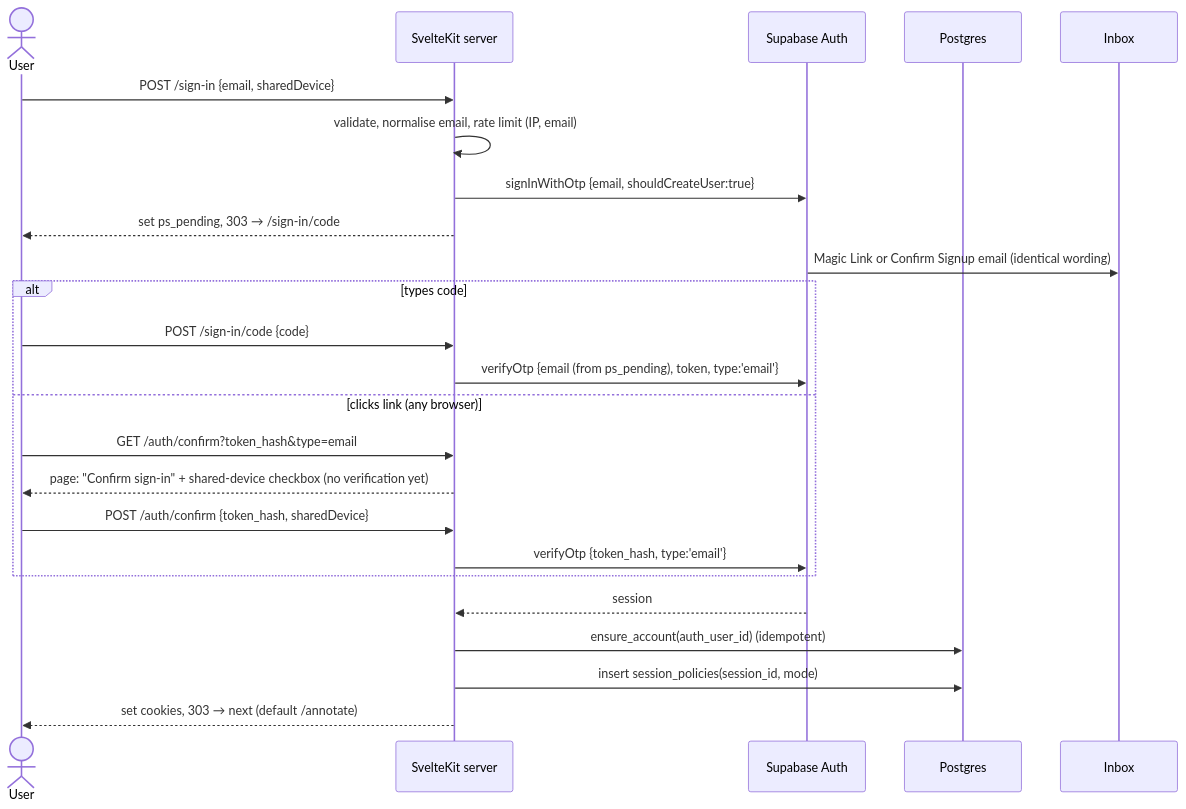
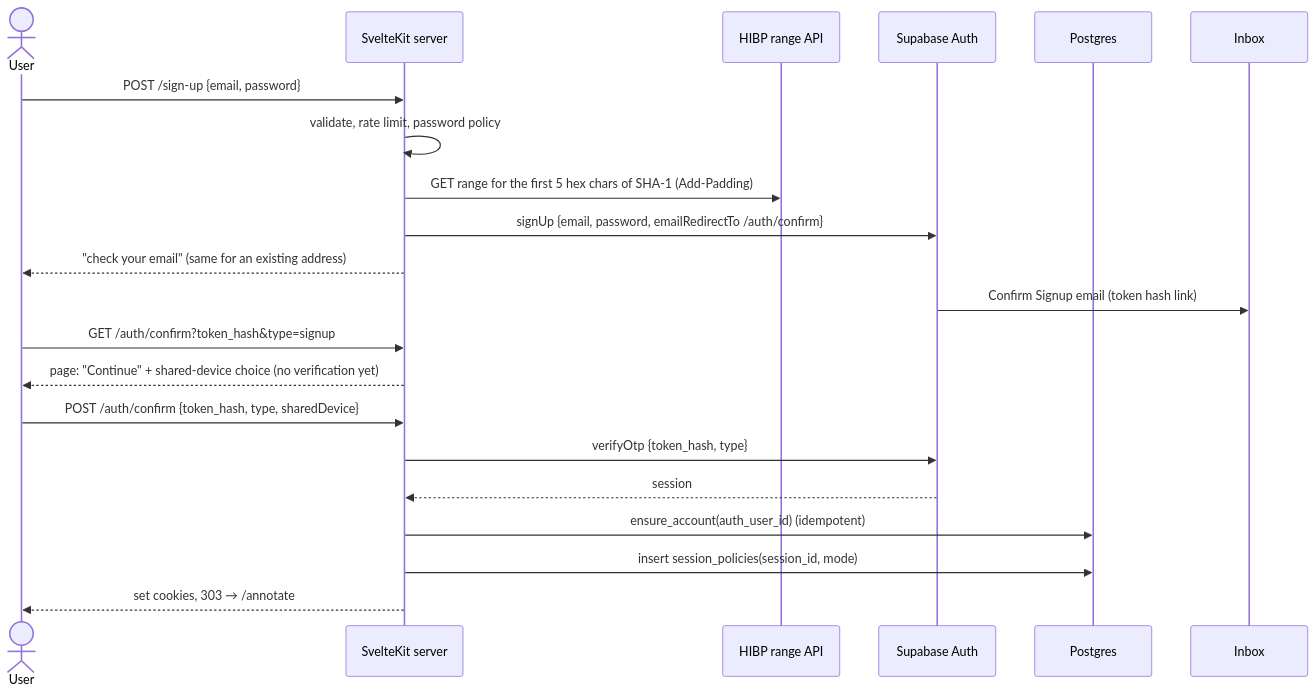
Before and after one commit to postscript-medical/annotation-app: the diagram in docs/auth-spec.md, drawn with Mermaid. The commit also changed other lines of this file and 4 other files, not shown here.

````diff
--- a/docs/auth-spec.md
+++ b/docs/auth-spec.md
@@ -105,26 +109,23 @@
 ```mermaid
 sequenceDiagram
   actor U as User
   participant A as SvelteKit server
+  participant H as HIBP range API
   participant SA as Supabase Auth
   participant DB as Postgres
   participant M as Inbox
-  U->>A: POST /sign-in {email, sharedDevice}
-  A->>A: validate, normalise email, rate limit (IP, email)
-  A->>SA: signInWithOtp {email, shouldCreateUser:true}
-  A-->>U: set ps_pending, 303 → /sign-in/code
-  SA->>M: Magic Link or Confirm Signup email (identical wording)
-  alt types code
-    U->>A: POST /sign-in/code {code}
-    A->>SA: verifyOtp {email (from ps_pending), token, type:'email'}
-  else clicks link (any browser)
-    U->>A: GET /auth/confirm?token_hash&type=email
-    A-->>U: page: "Confirm sign-in" + shared-device checkbox (no verification yet)
-    U->>A: POST /auth/confirm {token_hash, sharedDevice}
-    A->>SA: verifyOtp {token_hash, type:'email'}
-  end
+  U->>A: POST /sign-up {email, password}
+  A->>A: validate, rate limit, password policy
+  A->>H: GET range for the first 5 hex chars of SHA-1 (Add-Padding)
+  A->>SA: signUp {email, password, emailRedirectTo /auth/confirm}
+  A-->>U: "check your email" (same for an existing address)
+  SA->>M: Confirm Signup email (token hash link)
+  U->>A: GET /auth/confirm?token_hash&type=signup
+  A-->>U: page: "Continue" + shared-device choice (no verification yet)
+  U->>A: POST /auth/confirm {token_hash, type, sharedDevice}
+  A->>SA: verifyOtp {token_hash, type}
   SA-->>A: session
   A->>DB: ensure_account(auth_user_id)  (idempotent)
   A->>DB: insert session_policies(session_id, mode)
-  A-->>U: set cookies, 303 → next (default /annotate)
+  A-->>U: set cookies, 303 → /annotate
 ```
````
